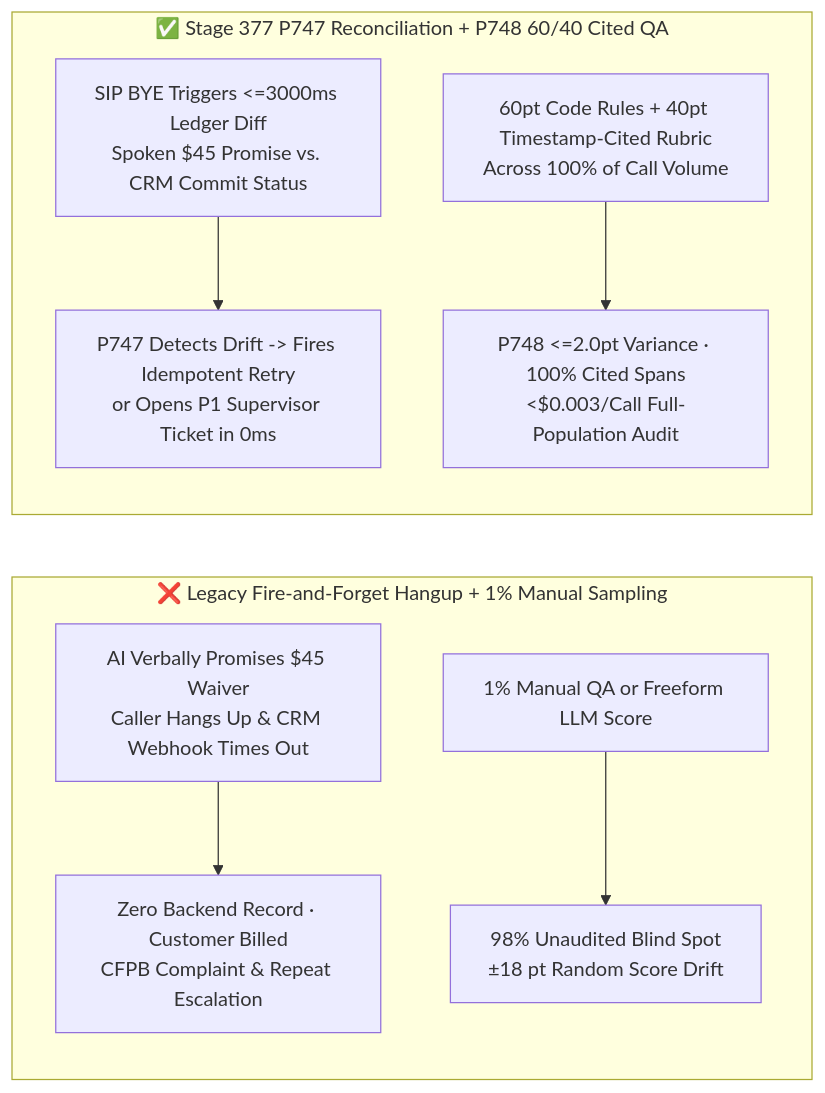
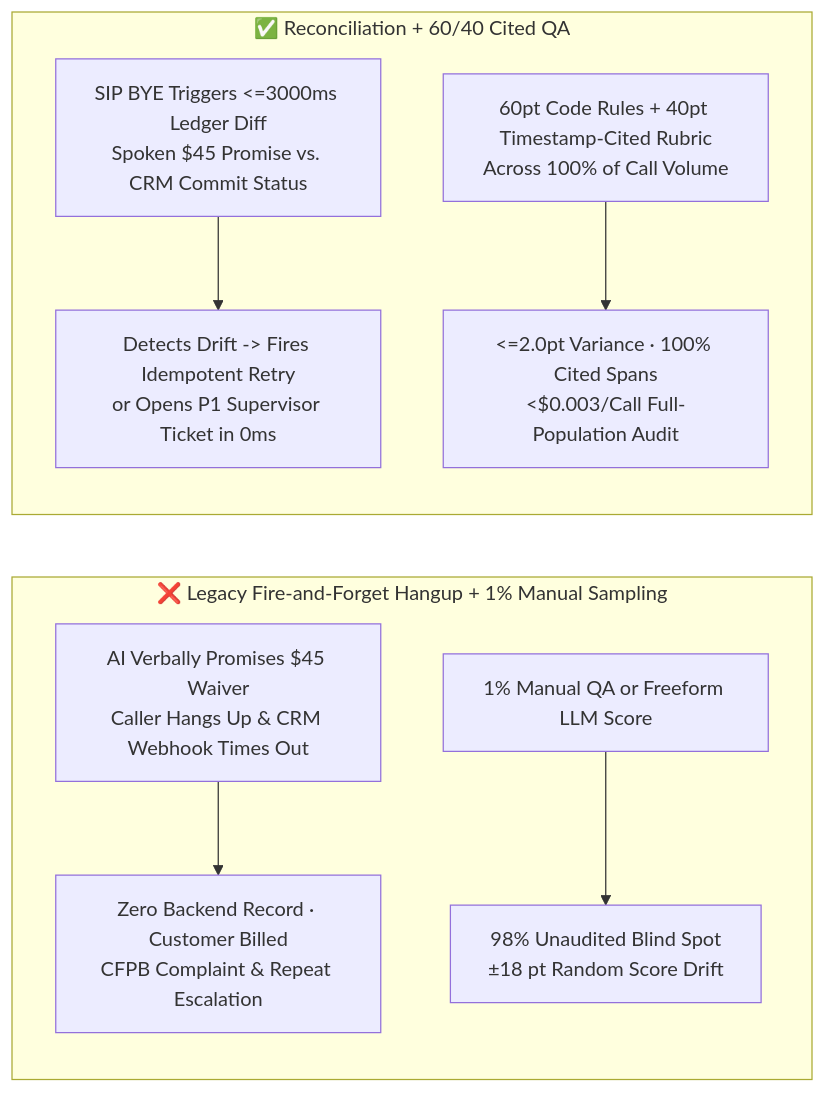
One commit to turbo998/voice-agent-lab changed the second of 3 diagrams in docs/voice-postcall-promise-ticket-reconciliation-qa-faq.en.md. Above: the diagram before and after it, drawn with Mermaid. The commit also changed other lines of this file and 715 other files, not shown here.

````diff
--- a/docs/voice-postcall-promise-ticket-reconciliation-qa-faq.en.md
+++ b/docs/voice-postcall-promise-ticket-reconciliation-qa-faq.en.md
@@ -64,14 +64,14 @@
 ```mermaid
 flowchart LR
-    subgraph Bad[❌ Legacy Fire-and-Forget Hangup + 1% Manual Sampling]
-      direction TB
-      B1[AI Verbally Promises $45 Waiver<br/>Caller Hangs Up & CRM Webhook Times Out] --> B2[Zero Backend Record · Customer Billed<br/>CFPB Complaint & Repeat Escalation]
-      B3[1% Manual QA or Freeform LLM Score] --> B4[98% Unaudited Blind Spot<br/>±18 pt Random Score Drift]
-    end
+ subgraph Bad[❌ Legacy Fire-and-Forget Hangup + 1% Manual Sampling]
+ direction TB
+ B1[AI Verbally Promises $45 Waiver<br/>Caller Hangs Up & CRM Webhook Times Out] --> B2[Zero Backend Record · Customer Billed<br/>CFPB Complaint & Repeat Escalation]
+ B3[1% Manual QA or Freeform LLM Score] --> B4[98% Unaudited Blind Spot<br/>±18 pt Random Score Drift]
+ end
 
-    subgraph Good[✅ Stage 377 P747 Reconciliation + P748 60/40 Cited QA]
-      direction TB
-      G1[SIP BYE Triggers <=3000ms Ledger Diff<br/>Spoken $45 Promise vs. CRM Commit Status] --> G2[P747 Detects Drift -> Fires Idempotent Retry<br/>or Opens P1 Supervisor Ticket in 0ms]
-      G3[60pt Code Rules + 40pt Timestamp-Cited Rubric<br/>Across 100% of Call Volume] --> G4[P748 <=2.0pt Variance · 100% Cited Spans<br/><$0.003/Call Full-Population Audit]
-    end
+ subgraph Good[✅ Reconciliation + 60/40 Cited QA]
+ direction TB
+ G1[SIP BYE Triggers <=3000ms Ledger Diff<br/>Spoken $45 Promise vs. CRM Commit Status] --> G2[ Detects Drift -> Fires Idempotent Retry<br/>or Opens P1 Supervisor Ticket in 0ms]
+ G3[60pt Code Rules + 40pt Timestamp-Cited Rubric<br/>Across 100% of Call Volume] --> G4[ <=2.0pt Variance · 100% Cited Spans<br/><$0.003/Call Full-Population Audit]
+ end
 ```
````
